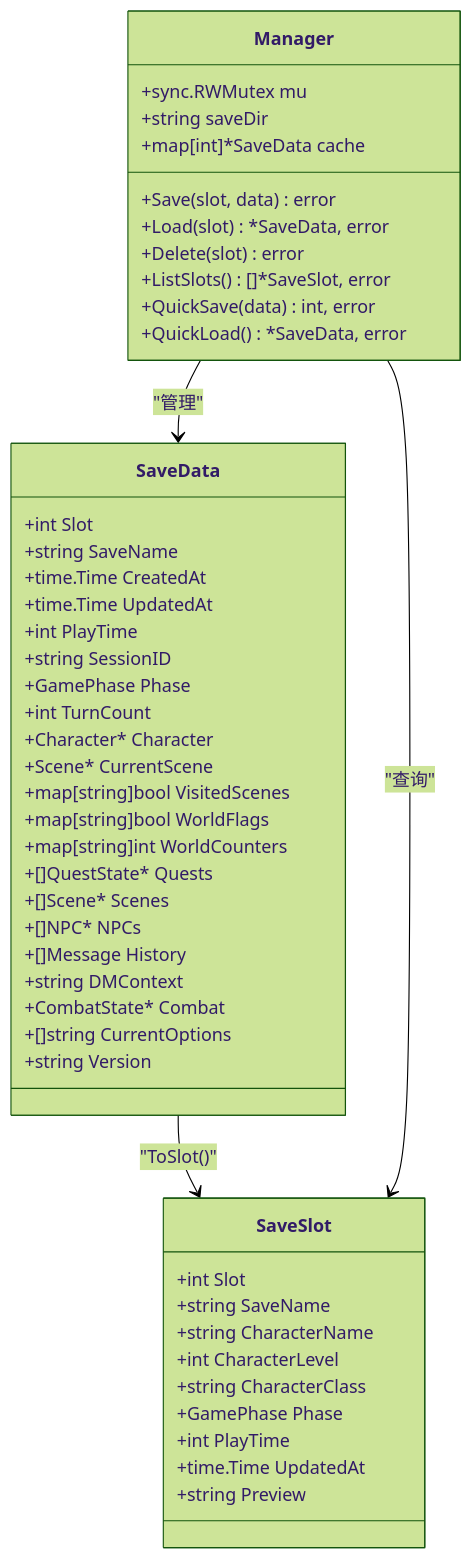
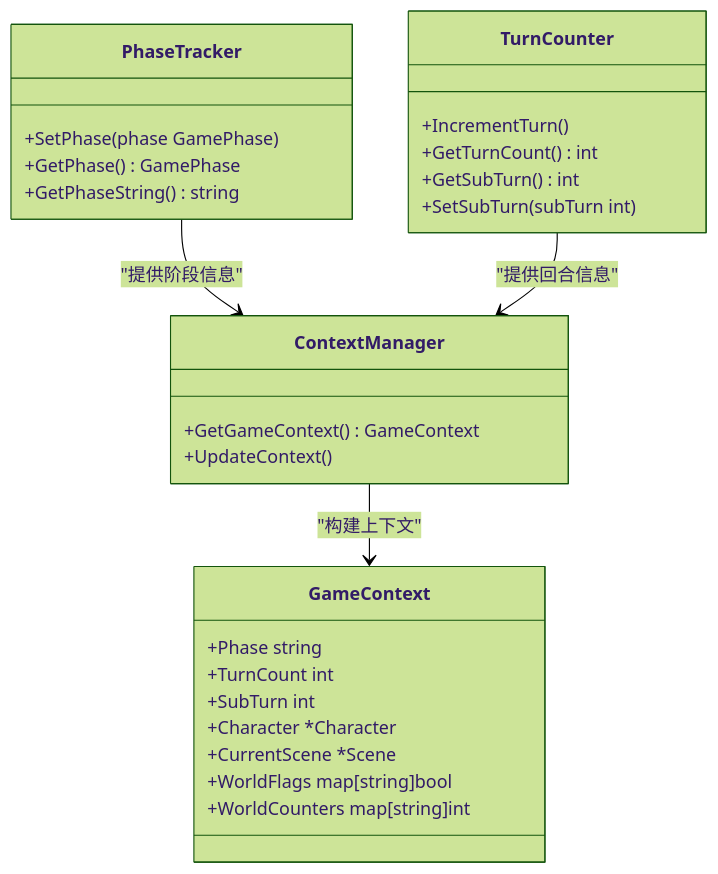
Before and after one commit to zwh8800/cdnd: the ninth of 10 diagrams in .qoder/repowiki/zh/content/游戏引擎架构/状态管理系统.md, drawn with Mermaid (forest theme). The commit also changed other lines of this file and 11 other files, not shown here.

````diff
--- a/.qoder/repowiki/zh/content/游戏引擎架构/状态管理系统.md
+++ b/.qoder/repowiki/zh/content/游戏引擎架构/状态管理系统.md
@@ -354,51 +424,30 @@
 ```mermaid
 classDiagram
-class SaveData {
-+int Slot
-+string SaveName
-+time.Time CreatedAt
-+time.Time UpdatedAt
-+int PlayTime
-+string SessionID
-+GamePhase Phase
-+int TurnCount
-+Character* Character
-+Scene* CurrentScene
-+map[string]bool VisitedScenes
-+map[string]bool WorldFlags
-+map[string]int WorldCounters
-+[]QuestState* Quests
-+[]Scene* Scenes
-+[]NPC* NPCs
-+[]Message History
-+string DMContext
-+CombatState* Combat
-+[]string CurrentOptions
-+string Version
+class PhaseTracker {
++SetPhase(phase GamePhase)
++GetPhase() GamePhase
++GetPhaseString() string
 }
-class Manager {
-+sync.RWMutex mu
-+string saveDir
-+map[int]*SaveData cache
-+Save(slot, data) error
-+Load(slot) *SaveData, error
-+Delete(slot) error
-+ListSlots() []*SaveSlot, error
-+QuickSave(data) int, error
-+QuickLoad() *SaveData, error
+class TurnCounter {
++IncrementTurn()
++GetTurnCount() int
++GetSubTurn() int
++SetSubTurn(subTurn int)
 }
-class SaveSlot {
-+int Slot
-+string SaveName
-+string CharacterName
-+int CharacterLevel
-+string CharacterClass
-+GamePhase Phase
-+int PlayTime
-+time.Time UpdatedAt
-+string Preview
+class ContextManager {
++GetGameContext() GameContext
++UpdateContext()
 }
-SaveData --> SaveSlot : "ToSlot()"
-Manager --> SaveData : "管理"
-Manager --> SaveSlot : "查询"
+class GameContext {
++Phase string
++TurnCount int
++SubTurn int
++Character *Character
++CurrentScene *Scene
++WorldFlags map[string]bool
++WorldCounters map[string]int
+}
+PhaseTracker --> ContextManager : "提供阶段信息"
+TurnCounter --> ContextManager : "提供回合信息"
+ContextManager --> GameContext : "构建上下文"
 ```
````
